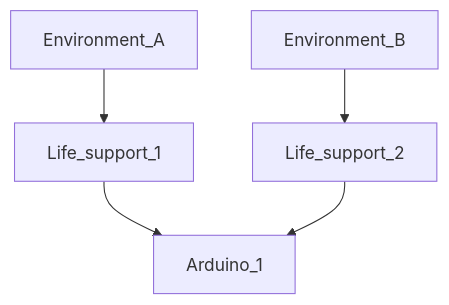
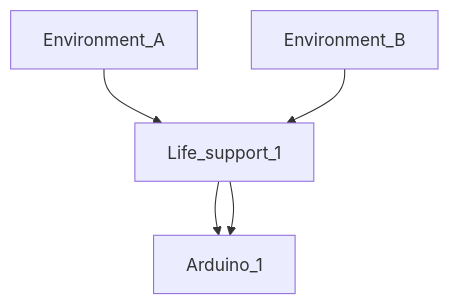
Before and after one commit to StevenAndrewsII/Fung_OS: the second of 2 diagrams in README.md, drawn with Mermaid.

````diff
--- a/README.md
+++ b/README.md
@@ -78,6 +78,6 @@
 ```mermaid
 graph TD;
     Environment_A-->Life_support_1-->Arduino_1;
-    Environment_B-->Life_support_2-->Arduino_1;
+    Environment_B-->Life_support_1-->Arduino_1;
   
 ```
````
